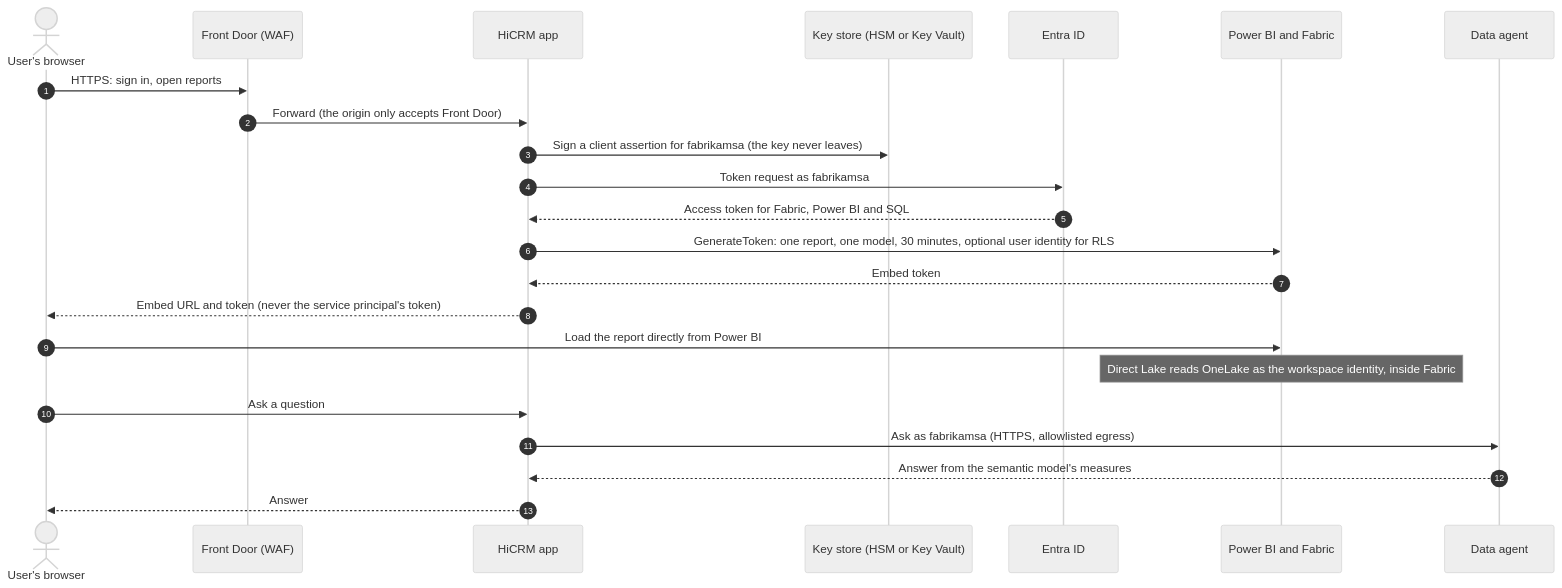
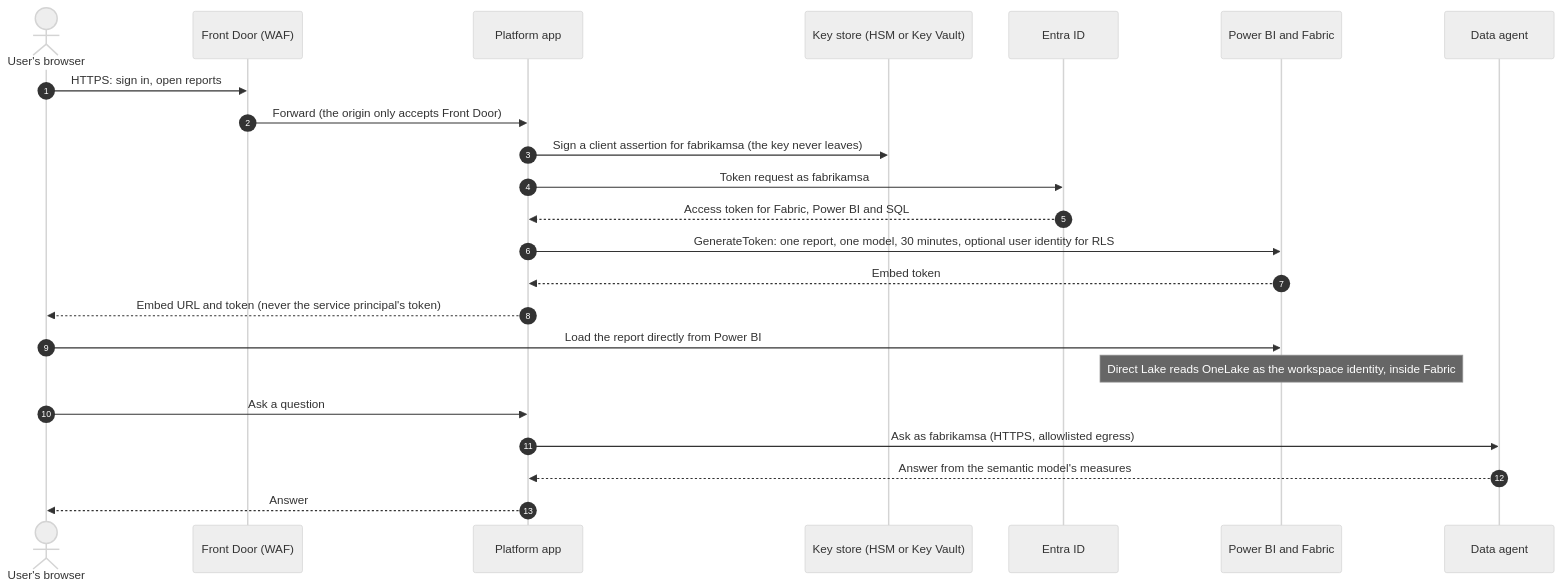
One commit to apkola29/fabric changed the third of 11 diagrams in saas-platform/DEPLOYMENT-ARCHITECTURES.md. Above: the diagram before and after it, drawn with Mermaid (neutral theme). The commit also changed other lines of this file and 72 other files, not shown here.

First line of the commit message:
saas-platform: rename HiCRM to the platform app; official Fabric icons

````diff
--- a/saas-platform/DEPLOYMENT-ARCHITECTURES.md
+++ b/saas-platform/DEPLOYMENT-ARCHITECTURES.md
@@ -187,25 +187,25 @@
 ```mermaid
 sequenceDiagram
   autonumber
   actor U as User's browser
   participant FD as Front Door (WAF)
-  participant A as HiCRM app
+  participant A as Platform app
   participant K as Key store (HSM or Key Vault)
   participant E as Entra ID
   participant P as Power BI and Fabric
   participant DA as Data agent
   U->>FD: HTTPS: sign in, open reports
   FD->>A: Forward (the origin only accepts Front Door)
   A->>K: Sign a client assertion for fabrikamsa (the key never leaves)
   A->>E: Token request as fabrikamsa
   E-->>A: Access token for Fabric, Power BI and SQL
   A->>P: GenerateToken: one report, one model, 30 minutes, optional user identity for RLS
   P-->>A: Embed token
   A-->>U: Embed URL and token (never the service principal's token)
   U->>P: Load the report directly from Power BI
   Note over P: Direct Lake reads OneLake as the workspace identity, inside Fabric
   U->>A: Ask a question
   A->>DA: Ask as fabrikamsa (HTTPS, allowlisted egress)
   DA-->>A: Answer from the semantic model's measures
   A-->>U: Answer
 ```
````
